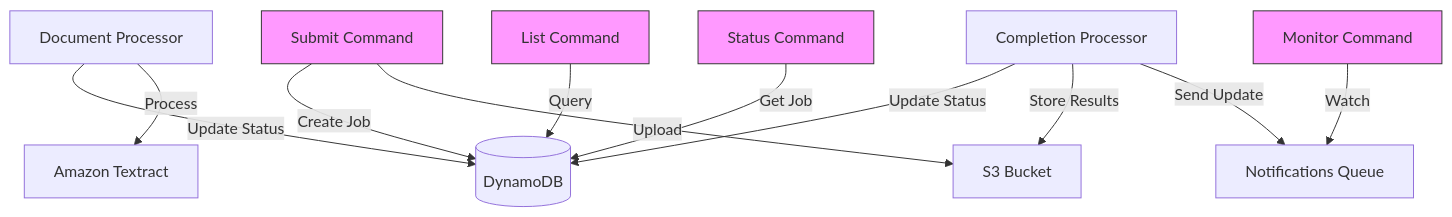
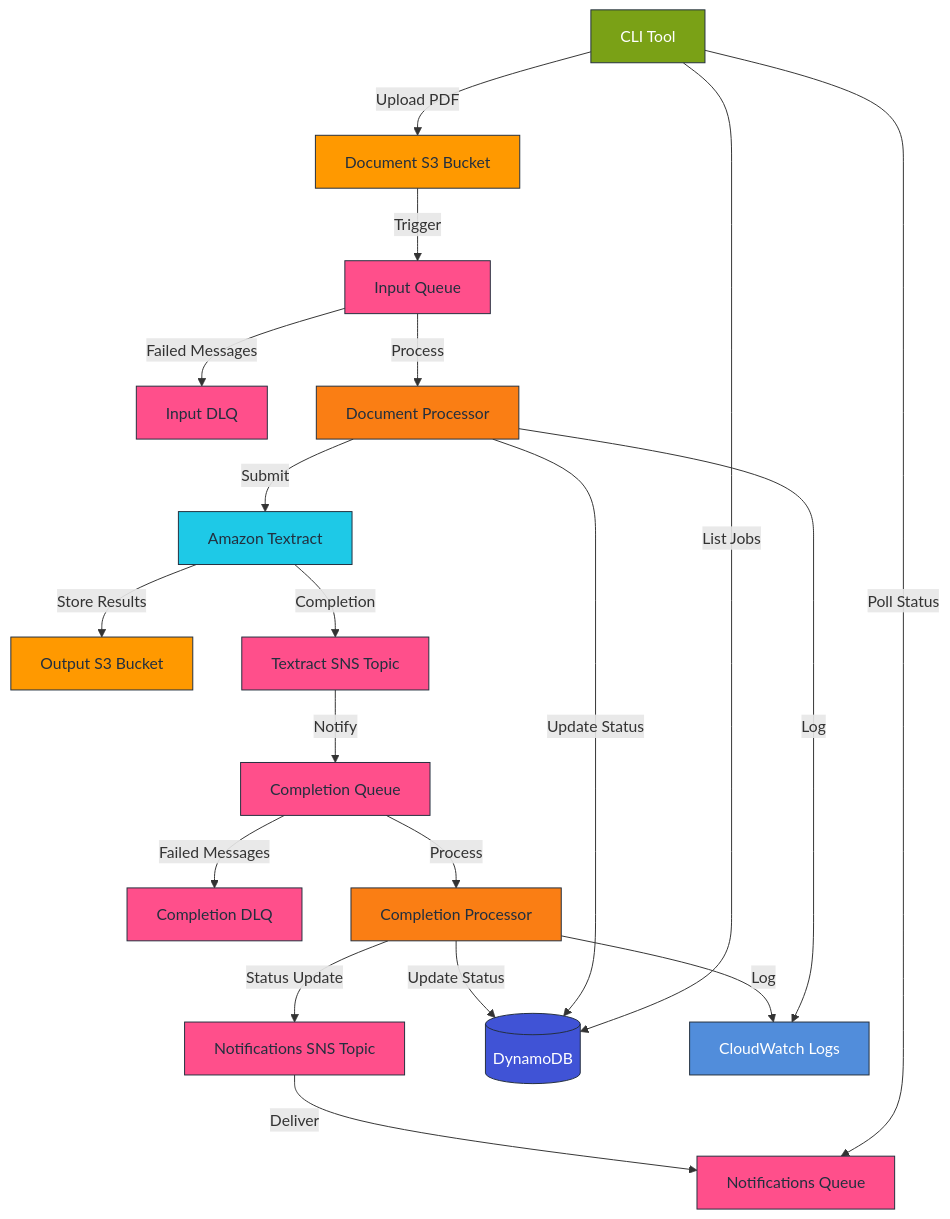
The diagram in cmd/apps/textractor/PLAN.md (go-go-golems/go-go-labs), drawn with Mermaid before and after one commit. The commit also changed other lines of this file and 20 other files, not shown here.

````diff
--- a/cmd/apps/textractor/PLAN.md
+++ b/cmd/apps/textractor/PLAN.md
@@ -154,21 +214,77 @@
 ```mermaid
 graph TD
-    Submit[Submit Command] -->|Create Job| DDB[(DynamoDB)]
-    Submit -->|Upload| S3[S3 Bucket]
+    %% Client Components
+    CLI[CLI Tool]
     
-    DocLambda[Document Processor] -->|Update Status| DDB
-    DocLambda -->|Process| Textract[Amazon Textract]
+    %% S3 Buckets
+    DocBucket[Document S3 Bucket]
+    OutBucket[Output S3 Bucket]
     
-    CompLambda[Completion Processor] -->|Update Status| DDB
-    CompLambda -->|Store Results| S3
-    CompLambda -->|Send Update| NotifQ[Notifications Queue]
+    %% SQS Queues
+    InputQ[Input Queue]
+    InputDLQ[Input DLQ]
+    CompQ[Completion Queue]
+    CompDLQ[Completion DLQ]
+    NotifQ[Notifications Queue]
     
-    List[List Command] -->|Query| DDB
-    Status[Status Command] -->|Get Job| DDB
-    Monitor[Monitor Command] -->|Watch| NotifQ
+    %% SNS Topics
+    TextractSNS[Textract SNS Topic]
+    NotifSNS[Notifications SNS Topic]
     
-    style Submit fill:#f9f,stroke:#333
-    style List fill:#f9f,stroke:#333
-    style Status fill:#f9f,stroke:#333
-    style Monitor fill:#f9f,stroke:#333
+    %% Lambda Functions
+    DocLambda[Document Processor]
+    CompLambda[Completion Processor]
+    
+    %% Core Services
+    Textract[Amazon Textract]
+    DDB[(DynamoDB)]
+    CW[CloudWatch Logs]
+    
+    %% CLI Operations
+    CLI -->|Upload PDF| DocBucket
+    CLI -->|List Jobs| DDB
+    CLI -->|Poll Status| NotifQ
+    
+    %% Document Processing Flow
+    DocBucket -->|Trigger| InputQ
+    InputQ -->|Process| DocLambda
+    InputQ -->|Failed Messages| InputDLQ
+    
+    DocLambda -->|Submit| Textract
+    DocLambda -->|Update Status| DDB
+    DocLambda -->|Log| CW
+    
+    %% Textract Flow
+    Textract -->|Store Results| OutBucket
+    Textract -->|Completion| TextractSNS
+    TextractSNS -->|Notify| CompQ
+    CompQ -->|Failed Messages| CompDLQ
+    
+    %% Completion Processing
+    CompQ -->|Process| CompLambda
+    CompLambda -->|Update Status| DDB
+    CompLambda -->|Log| CW
+    CompLambda -->|Status Update| NotifSNS
+    
+    %% Notifications Flow
+    NotifSNS -->|Deliver| NotifQ
+    
+    %% Styling
+    classDef s3 fill:#ff9900,stroke:#232f3e,color:#232f3e
+    classDef sqs fill:#ff4f8b,stroke:#232f3e,color:#232f3e
+    classDef sns fill:#ff4f8b,stroke:#232f3e,color:#232f3e
+    classDef lambda fill:#fa7e14,stroke:#232f3e,color:#232f3e
+    classDef dynamo fill:#4053d6,stroke:#232f3e,color:white
+    classDef textract fill:#1ec9e7,stroke:#232f3e,color:#232f3e
+    classDef cloudwatch fill:#518ddb,stroke:#232f3e,color:white
+    classDef cli fill:#7aa116,stroke:#232f3e,color:white
+    
+    class DocBucket,OutBucket s3
+    class InputQ,CompQ,InputDLQ,CompDLQ,NotifQ sqs
+    class TextractSNS,NotifSNS sns
+    class DocLambda,CompLambda lambda
+    class DDB dynamo
+    class Textract textract
+    class CW cloudwatch
+    class CLI cli
 ```
````
